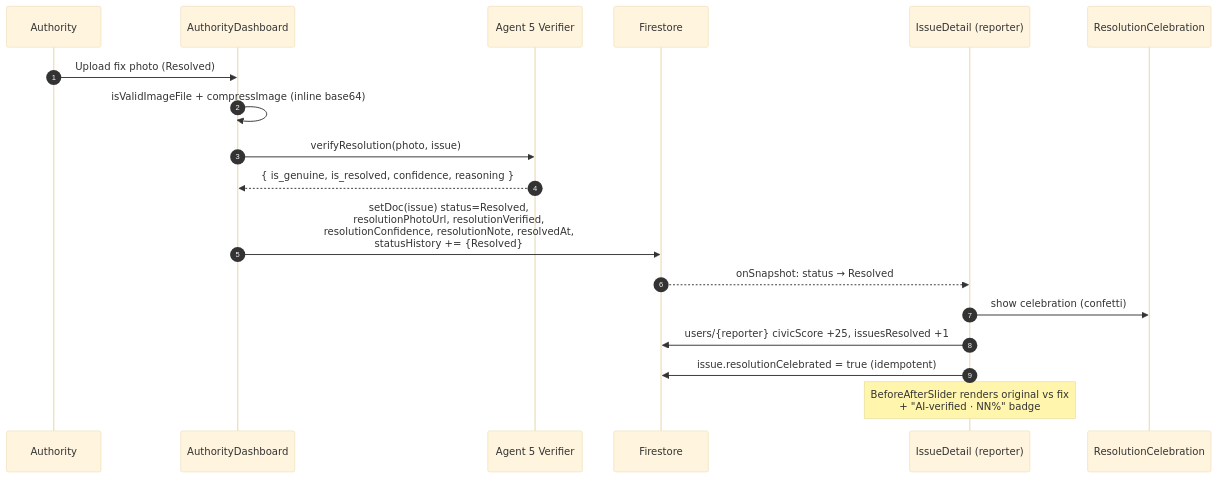
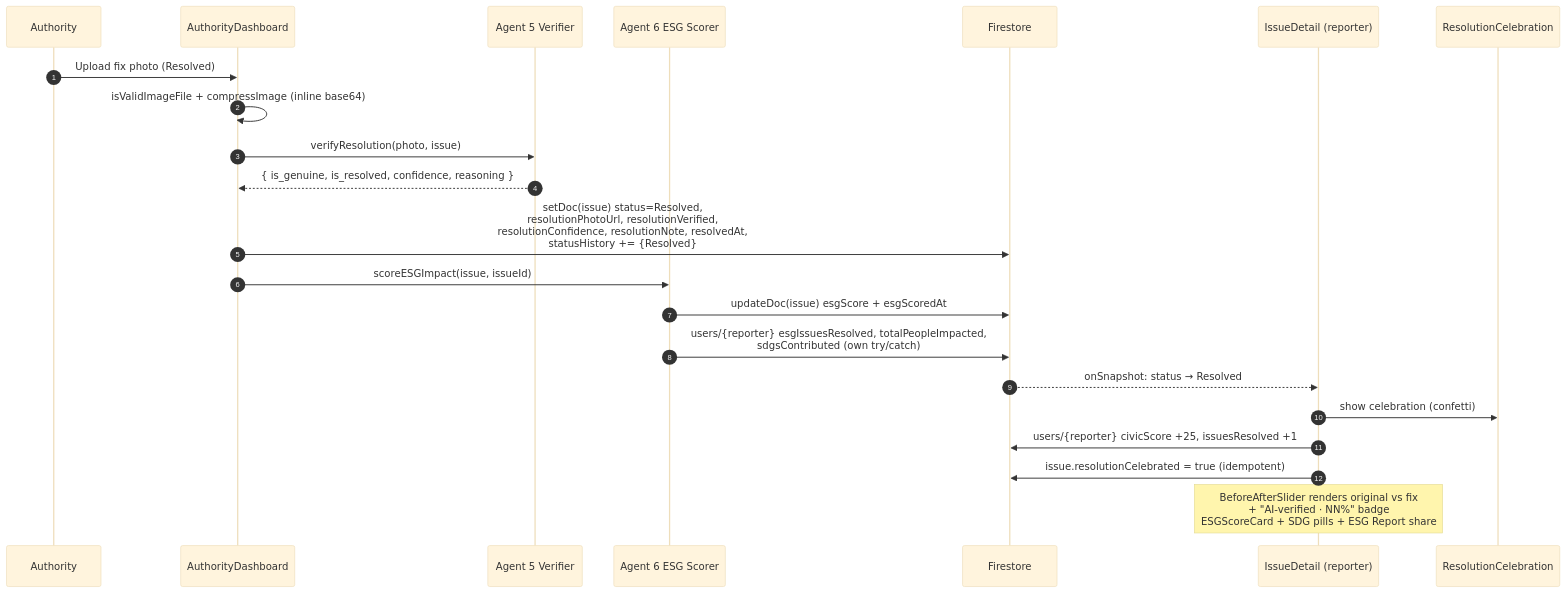
One commit to siddhesh8k/janashakti changed the ninth of 15 diagrams in docs/ARCHITECTURE.md. Above: the diagram before and after it, drawn with Mermaid (base theme). The commit also changed other lines of this file and 112 other files, not shown here.

````diff
--- a/docs/ARCHITECTURE.md
+++ b/docs/ARCHITECTURE.md
@@ -525,21 +547,25 @@
 ```mermaid
 sequenceDiagram
     autonumber
     participant AU as Authority
     participant AD as AuthorityDashboard
     participant A5 as Agent 5 Verifier
+    participant A6 as Agent 6 ESG Scorer
     participant F as Firestore
     participant ID as IssueDetail (reporter)
     participant RC as ResolutionCelebration
 
     AU->>AD: Upload fix photo (Resolved)
     AD->>AD: isValidImageFile + compressImage (inline base64)
     AD->>A5: verifyResolution(photo, issue)
     A5-->>AD: { is_genuine, is_resolved, confidence, reasoning }
     AD->>F: setDoc(issue) status=Resolved,<br/>resolutionPhotoUrl, resolutionVerified,<br/>resolutionConfidence, resolutionNote, resolvedAt,<br/>statusHistory += {Resolved}
+    AD->>A6: scoreESGImpact(issue, issueId)
+    A6->>F: updateDoc(issue) esgScore + esgScoredAt
+    A6->>F: users/{reporter} esgIssuesResolved, totalPeopleImpacted,<br/>sdgsContributed (own try/catch)
     F-->>ID: onSnapshot: status → Resolved
     ID->>RC: show celebration (confetti)
     ID->>F: users/{reporter} civicScore +25, issuesResolved +1
     ID->>F: issue.resolutionCelebrated = true (idempotent)
-    Note over ID: BeforeAfterSlider renders original vs fix<br/>+ "AI-verified · NN%" badge
+    Note over ID: BeforeAfterSlider renders original vs fix<br/>+ "AI-verified · NN%" badge<br/>ESGScoreCard + SDG pills + ESG Report share
 ```
````
